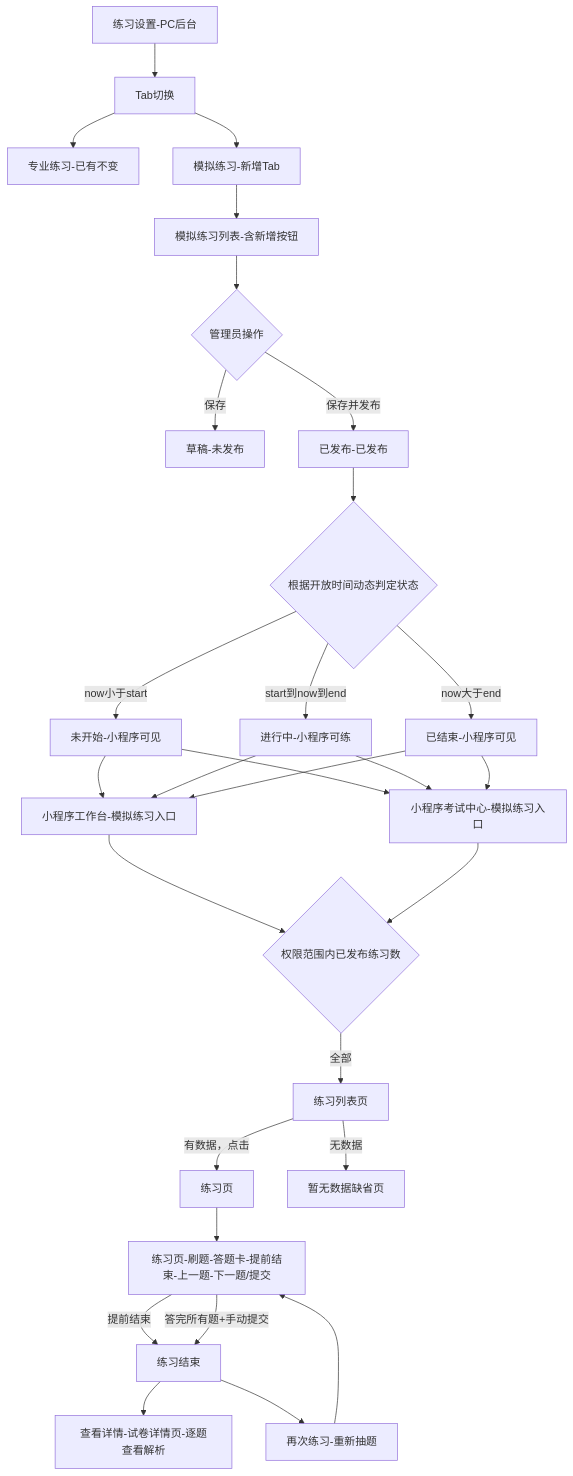
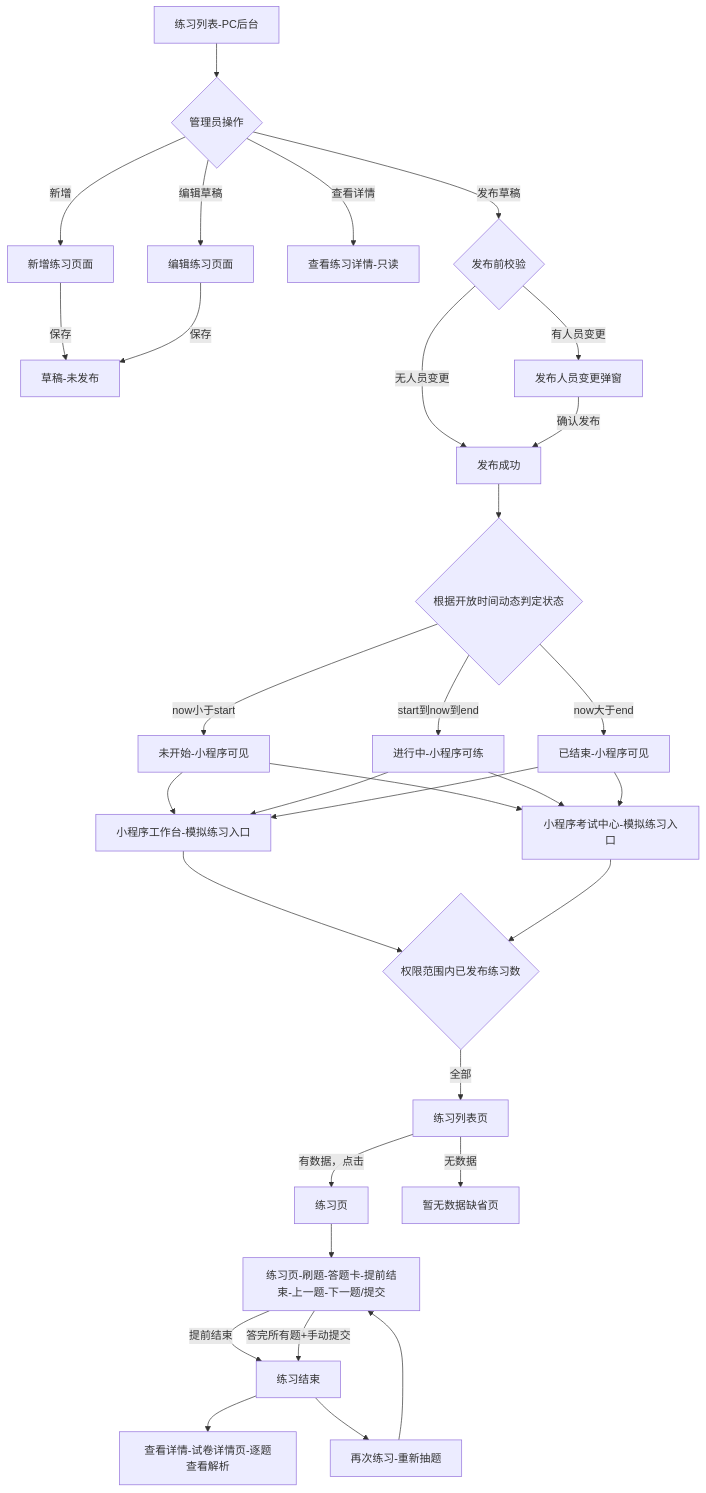
One commit to parispang666-ops/practice changed the first of 6 diagrams in PRD/练习功能整体PRD.md. Above: the diagram before and after it, drawn with Mermaid. The commit also changed other lines of this file and 10 other files, not shown here.

````diff
--- a/PRD/练习功能整体PRD.md
+++ b/PRD/练习功能整体PRD.md
@@ -30,31 +30,34 @@
 ```mermaid
 flowchart TD
-    A[练习设置-PC后台] --> B[Tab切换]
-    B --> C[专业练习-已有不变]
-    B --> D[模拟练习-新增Tab]
-    D --> E[模拟练习列表-含新增按钮]
-    E --> F{管理员操作}
-    F -->|保存| G[草稿-未发布]
-    F -->|保存并发布| H[已发布-已发布]
+    A[练习列表-PC后台] --> B{管理员操作}
+    B -->|新增| C[新增练习页面]
+    B -->|编辑草稿| D[编辑练习页面]
+    B -->|查看详情| E[查看练习详情-只读]
+    C -->|保存| F[草稿-未发布]
+    D -->|保存| F
+    B -->|发布草稿| G{发布前校验}
+    G -->|无人员变更| H[发布成功]
+    G -->|有人员变更| H1[发布人员变更弹窗]
+    H1 -->|确认发布| H
     H --> I{根据开放时间动态判定状态}
     I -->|now小于start| J[未开始-小程序可见]
     I -->|start到now到end| K[进行中-小程序可练]
     I -->|now大于end| L[已结束-小程序可见]
     J --> M1[小程序工作台-模拟练习入口]
     K --> M1
     L --> M1
     J --> M2[小程序考试中心-模拟练习入口]
     K --> M2
     L --> M2
     M1 --> N{权限范围内已发布练习数}
     M2 --> N
     N -->|全部| Q[练习列表页]
     Q -->|有数据，点击| P[练习页]
     Q -->|无数据| O[暂无数据缺省页]
     P --> R[练习页-刷题-答题卡-提前结束-上一题-下一题/提交]
     R -->|提前结束| S[练习结束]
     R -->|答完所有题+手动提交| S
     S --> T[查看详情-试卷详情页-逐题查看解析]
     S --> U[再次练习-重新抽题]
     U --> R
 ```
````
